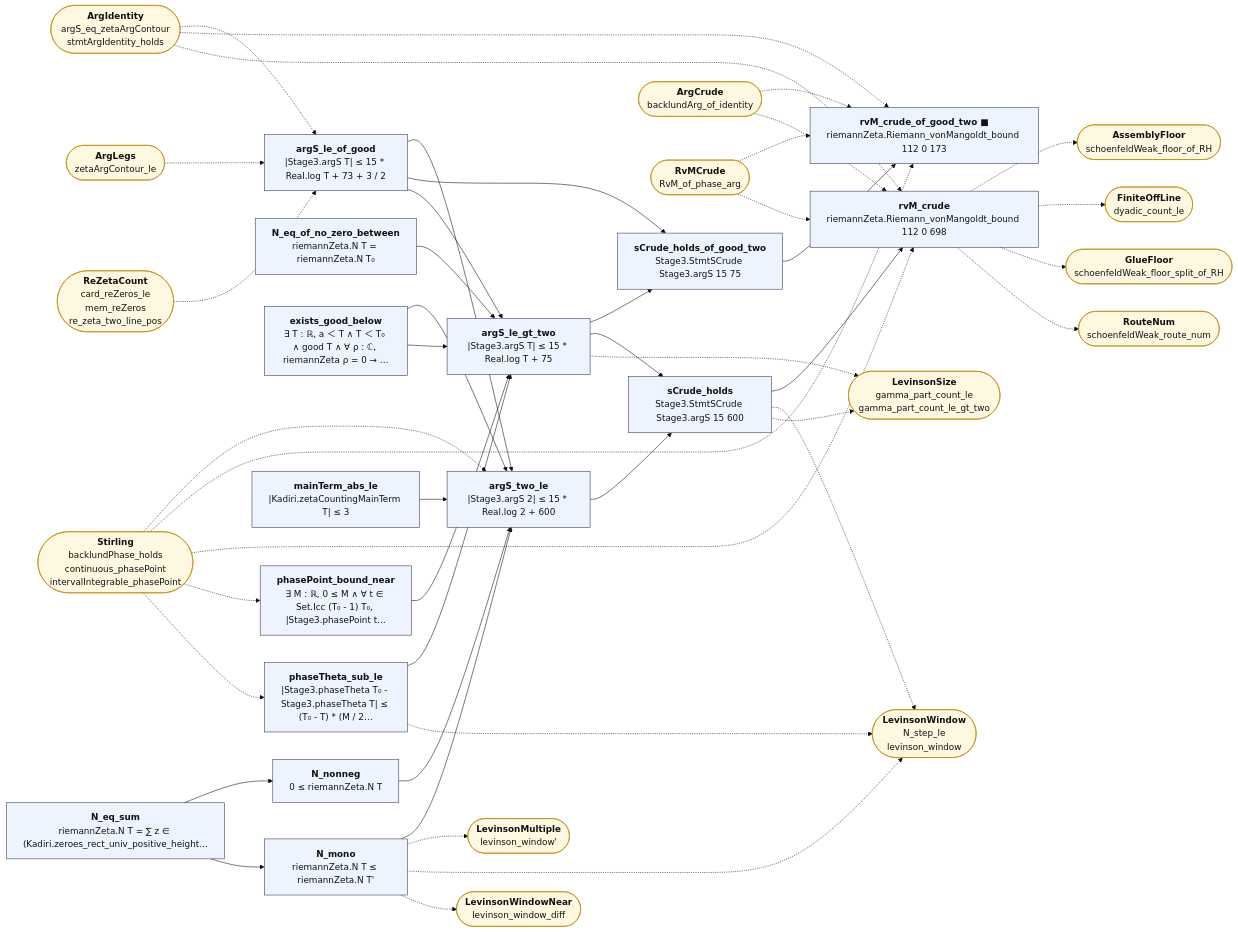
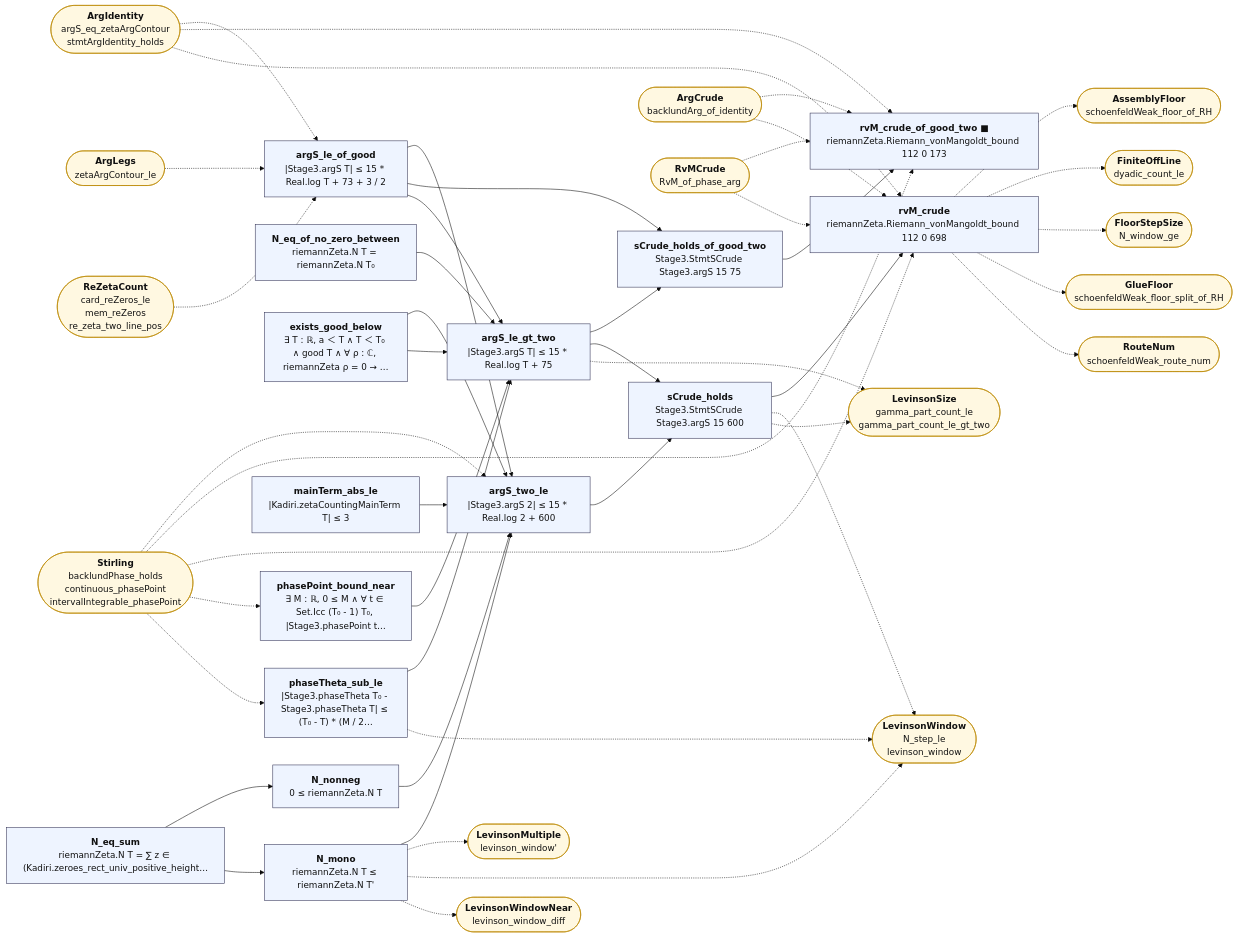
One commit to juliansambranojr/Primebeat_081426 changed the diagram in map/lean_stage3/ArgCount.md. Above: the diagram before and after it, drawn with Mermaid (base theme). The commit also changed other lines of this file and 31 other files, not shown here.

```diff
--- a/map/lean_stage3/ArgCount.md
+++ b/map/lean_stage3/ArgCount.md
@@ -38,8 +38,9 @@
   x9(["<b>RvMCrude</b><br/>RvM_of_phase_arg"]):::ext
   x10(["<b>AssemblyFloor</b><br/>schoenfeldWeak_floor_of_RH"]):::ext
   x11(["<b>FiniteOffLine</b><br/>dyadic_count_le"]):::ext
-  x12(["<b>GlueFloor</b><br/>schoenfeldWeak_floor_split_of_RH"]):::ext
-  x13(["<b>RouteNum</b><br/>schoenfeldWeak_route_num"]):::ext
+  x12(["<b>FloorStepSize</b><br/>N_window_ge"]):::ext
+  x13(["<b>GlueFloor</b><br/>schoenfeldWeak_floor_split_of_RH"]):::ext
+  x14(["<b>RouteNum</b><br/>schoenfeldWeak_route_num"]):::ext
   n0 --> n10
   n0 --> n11
   n0 --> n8
@@ -64,6 +65,7 @@
   n14 -.-> x11
   n14 -.-> x12
   n14 -.-> x13
+  n14 -.-> x14
   n3 -.-> x3
   n3 -.-> x4
   n3 -.-> x5
```
